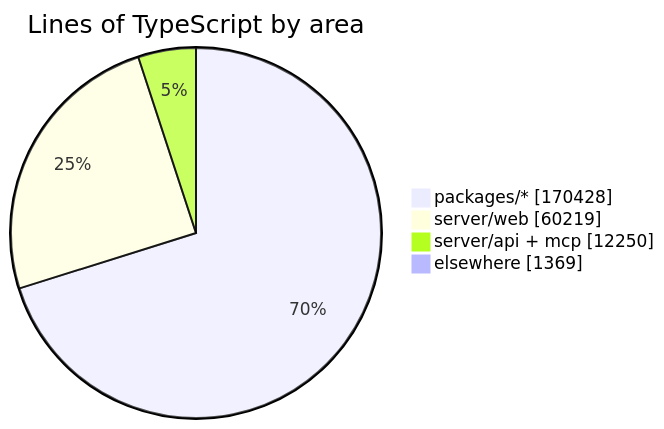
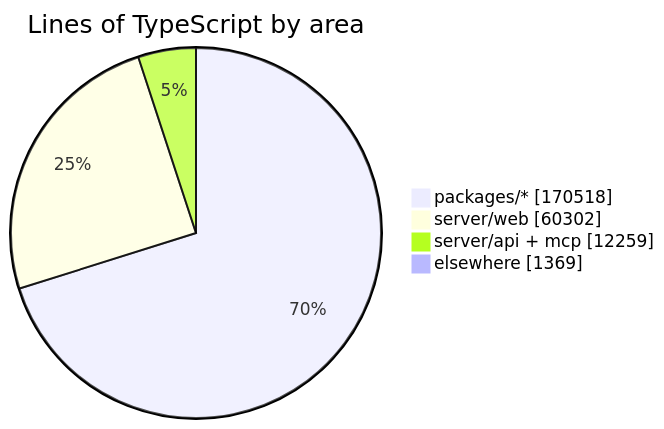
The diagram in README.md (crossworks-engineering/mantle), drawn with Mermaid before and after one commit. The commit also changed other lines of this file and 2 other files, not shown here.

````diff
--- a/README.md
+++ b/README.md
@@ -279,7 +279,7 @@
 ```mermaid
 pie showData title Lines of TypeScript by area
-    "packages/*" : 170428
-    "server/web" : 60219
-    "server/api + mcp" : 12250
+    "packages/*" : 170518
+    "server/web" : 60302
+    "server/api + mcp" : 12259
     "elsewhere" : 1369
 ```
````
